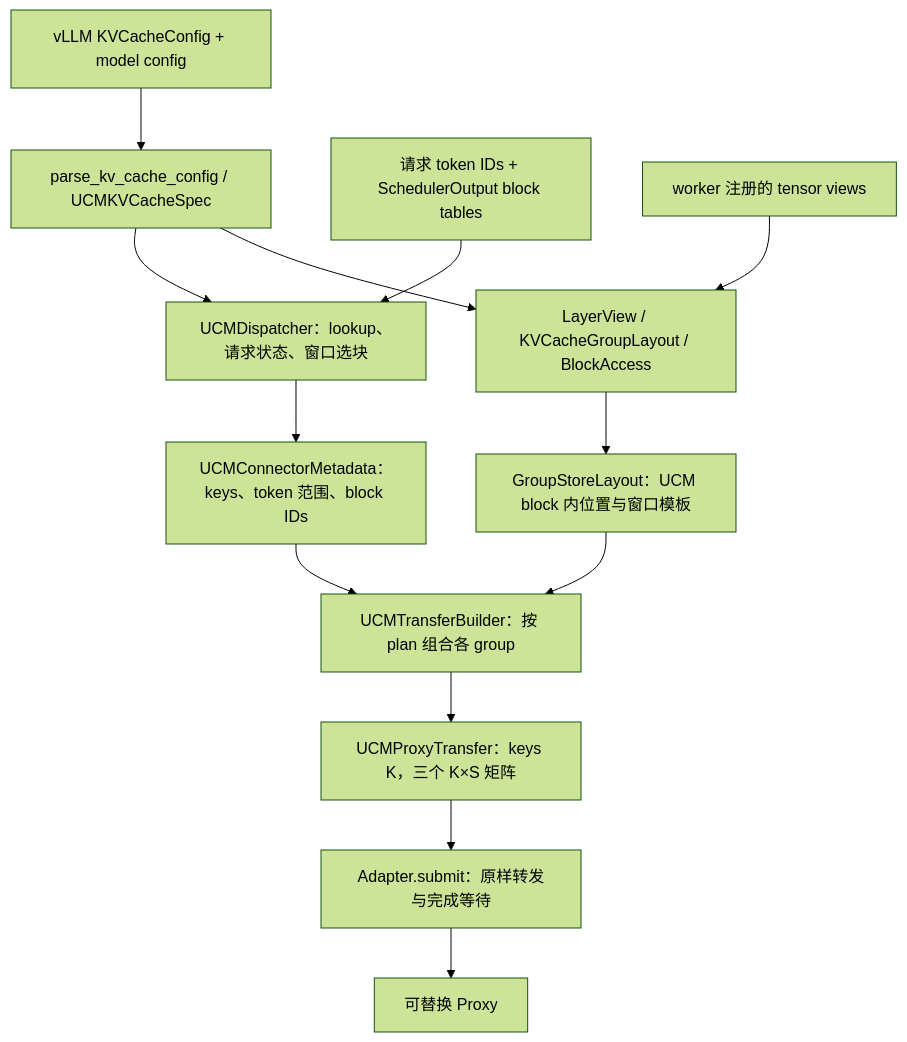
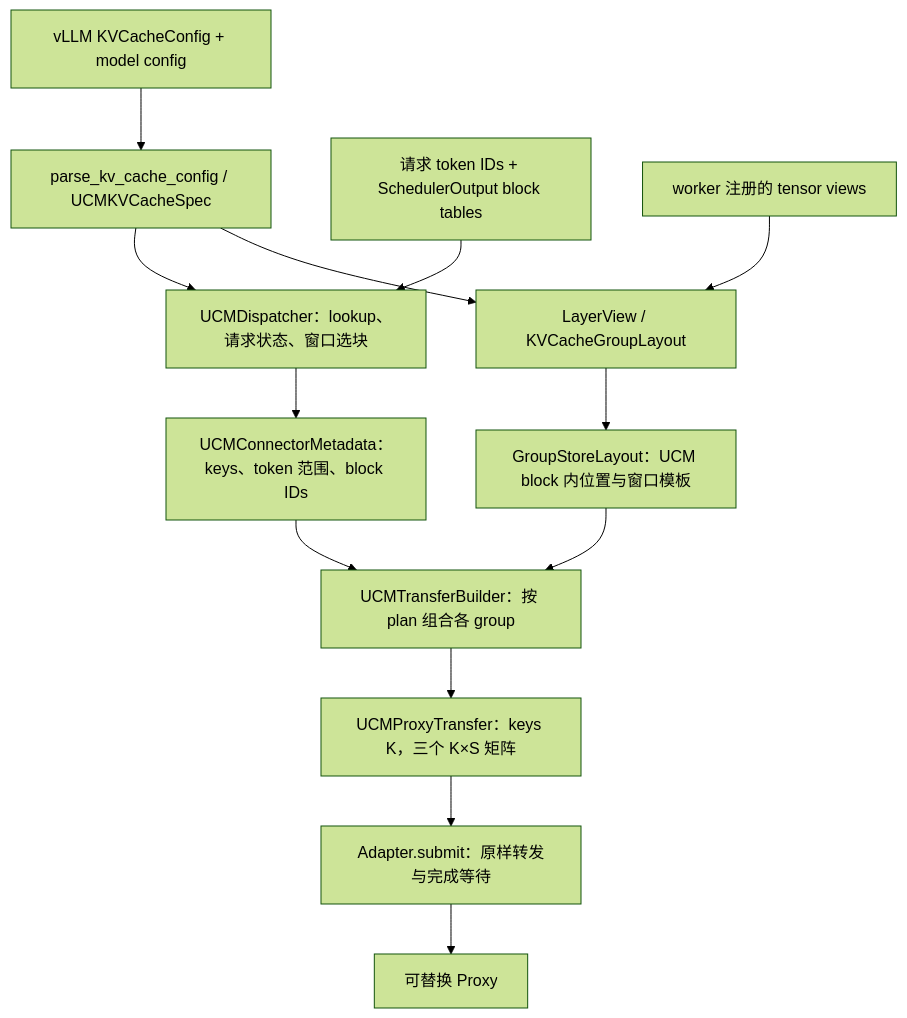
The diagram in docs/connector-v2-detailed-design.md (ModelEngine-Group/unified-cache-management), drawn with Mermaid (forest theme) before and after one commit. The commit also changed other lines of this file and 15 other files, not shown here.

First line of the commit message:
refactor(v2): separate chunk metadata from physical cache layout

````diff
--- a/docs/connector-v2-detailed-design.md
+++ b/docs/connector-v2-detailed-design.md
@@ -28,15 +28,15 @@
 ```mermaid
 flowchart TD
     Config["vLLM KVCacheConfig + model config"] --> Spec["parse_kv_cache_config / UCMKVCacheSpec"]
     Spec --> Scheduler["UCMDispatcher：lookup、请求状态、窗口选块"]
     Request["请求 token IDs + SchedulerOutput block tables"] --> Scheduler
     Scheduler --> Meta["UCMConnectorMetadata：keys、token 范围、block IDs"]
-    Views["worker 注册的 tensor views"] --> Physical["LayerView / KVCacheGroupLayout / BlockAccess"]
+    Views["worker 注册的 tensor views"] --> Physical["LayerView / KVCacheGroupLayout"]
     Spec --> Physical
     Physical --> Record["GroupStoreLayout：UCM block 内位置与窗口模板"]
     Meta --> Builder["UCMTransferBuilder：按 plan 组合各 group"]
     Record --> Builder
     Builder --> Transfer["UCMProxyTransfer：keys K，三个 K×S 矩阵"]
     Transfer --> Adapter["Adapter.submit：原样转发与完成等待"]
     Adapter --> Proxy["可替换 Proxy"]
 ```
````
